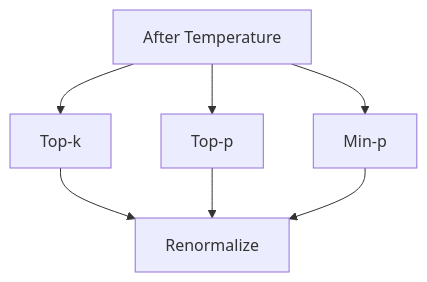
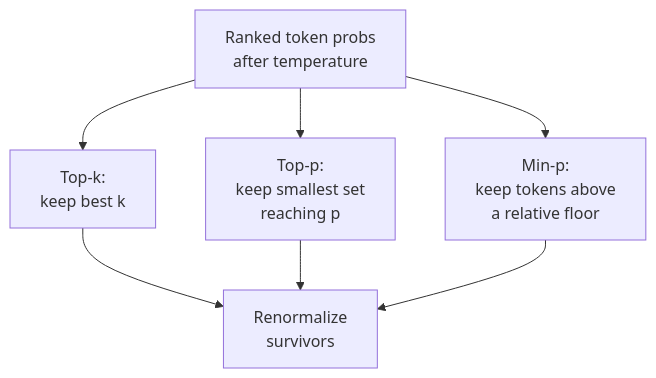
Before and after one commit to danilop/micro-gpt-and-beyond: the diagram in walk-the-code/diagrams/sampling_filter.mmd, drawn with Mermaid. The commit also changed 45 other files, not shown here.

```diff
--- a/walk-the-code/diagrams/sampling_filter.mmd
+++ b/walk-the-code/diagrams/sampling_filter.mmd
@@ -1,8 +1,8 @@
 graph TD
-    temperature[After Temperature]
-    temperature --> topk[Top-k]
-    temperature --> topp[Top-p]
-    temperature --> minp[Min-p]
-    topk --> renorm[Renormalize]
+    temperature[Ranked token probs<br/>after temperature]
+    temperature --> topk[Top-k:<br/>keep best k]
+    temperature --> topp[Top-p:<br/>keep smallest set<br/>reaching p]
+    temperature --> minp[Min-p:<br/>keep tokens above<br/>a relative floor]
+    topk --> renorm[Renormalize<br/>survivors]
     topp --> renorm
     minp --> renorm
```
